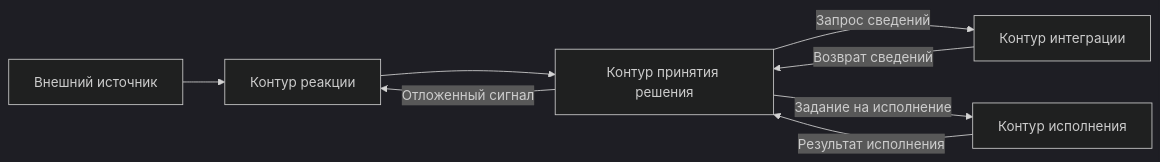
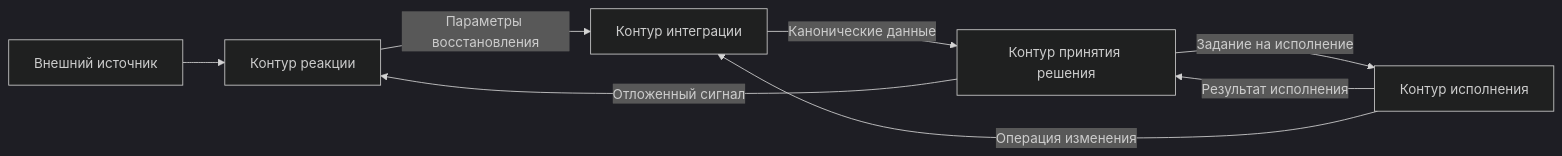
One commit to rasungatullin/progress changed the diagram in docs/ARCHITECTURE.md. Above: the diagram before and after it, drawn with Mermaid (dark theme). The commit also changed other lines of this file and 46 other files, not shown here.

````diff
--- a/docs/ARCHITECTURE.md
+++ b/docs/ARCHITECTURE.md
@@ -46,16 +50,16 @@
 ```mermaid
 flowchart LR
     A[Внешний источник]
     B[Контур реакции]
     C[Контур принятия решения]
     D[Контур интеграции]
     E[Контур исполнения]
 
     A --> B
-    B --> C
-    C -->|Запрос сведений| D
-    D -->|Возврат сведений| C
+    B -->|Параметры восстановления| D
+    D -->|Канонические данные| C
     C -->|Задание на исполнение| E
     E -->|Результат исполнения| C
+    E -->|Операция изменения| D
     C -->|Отложенный сигнал| B
 ```
````
